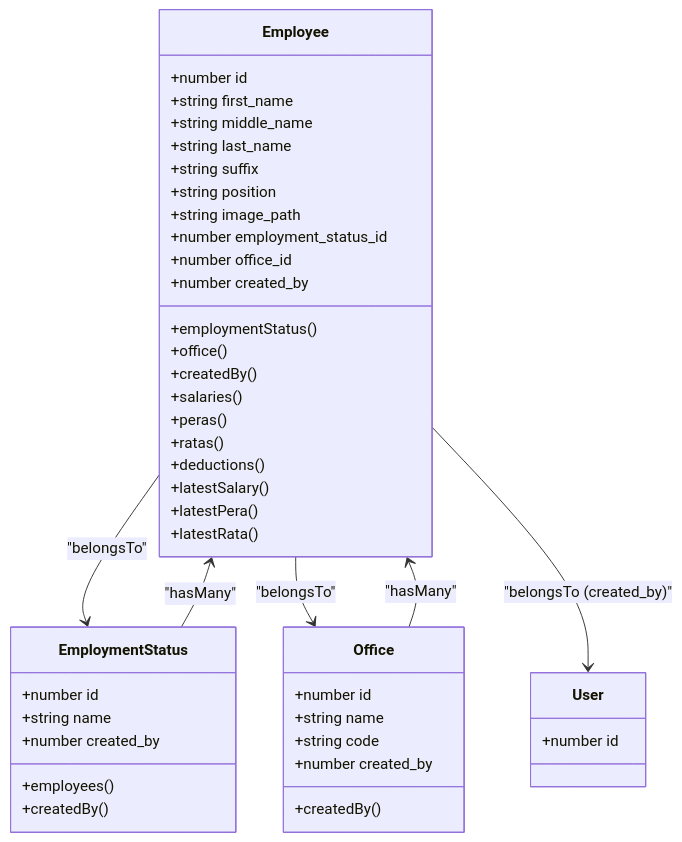
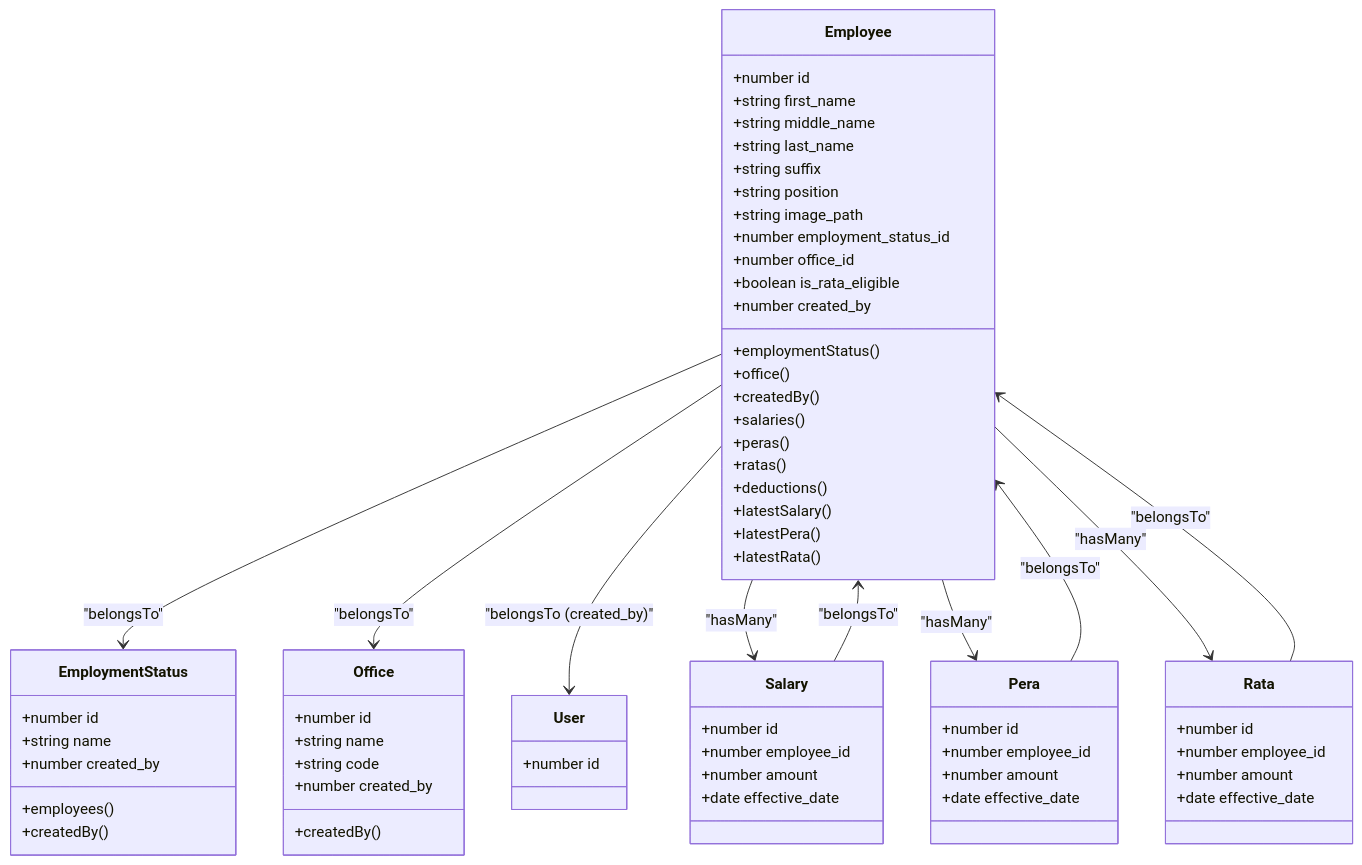
The third of 8 diagrams in .qoder/repowiki/en/content/Employee Management/Employee Management.md (vincet0t15/template), drawn with Mermaid before and after one commit. The commit also changed other lines of this file and 7 other files, not shown here.

````diff
--- a/.qoder/repowiki/en/content/Employee Management/Employee Management.md
+++ b/.qoder/repowiki/en/content/Employee Management/Employee Management.md
@@ -163,47 +186,70 @@
 ```mermaid
 classDiagram
 class Employee {
 +number id
 +string first_name
 +string middle_name
 +string last_name
 +string suffix
 +string position
 +string image_path
 +number employment_status_id
 +number office_id
++boolean is_rata_eligible
 +number created_by
 +employmentStatus()
 +office()
 +createdBy()
 +salaries()
 +peras()
 +ratas()
 +deductions()
 +latestSalary()
 +latestPera()
 +latestRata()
 }
 class EmploymentStatus {
 +number id
 +string name
 +number created_by
 +employees()
 +createdBy()
 }
 class Office {
 +number id
 +string name
 +string code
 +number created_by
 +createdBy()
 }
 class User {
 +number id
 }
+class Salary {
++number id
++number employee_id
++number amount
++date effective_date
+}
+class Pera {
++number id
++number employee_id
++number amount
++date effective_date
+}
+class Rata {
++number id
++number employee_id
++number amount
++date effective_date
+}
 Employee --> EmploymentStatus : "belongsTo"
 Employee --> Office : "belongsTo"
 Employee --> User : "belongsTo (created_by)"
-EmploymentStatus --> Employee : "hasMany"
-Office --> Employee : "hasMany"
+Employee --> Salary : "hasMany"
+Employee --> Pera : "hasMany"
+Employee --> Rata : "hasMany"
+Salary --> Employee : "belongsTo"
+Pera --> Employee : "belongsTo"
+Rata --> Employee : "belongsTo"
 ```
````
